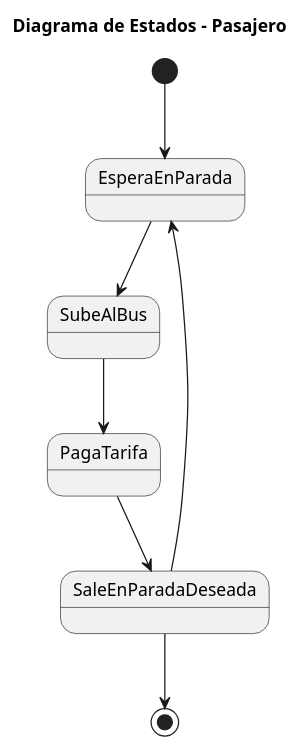
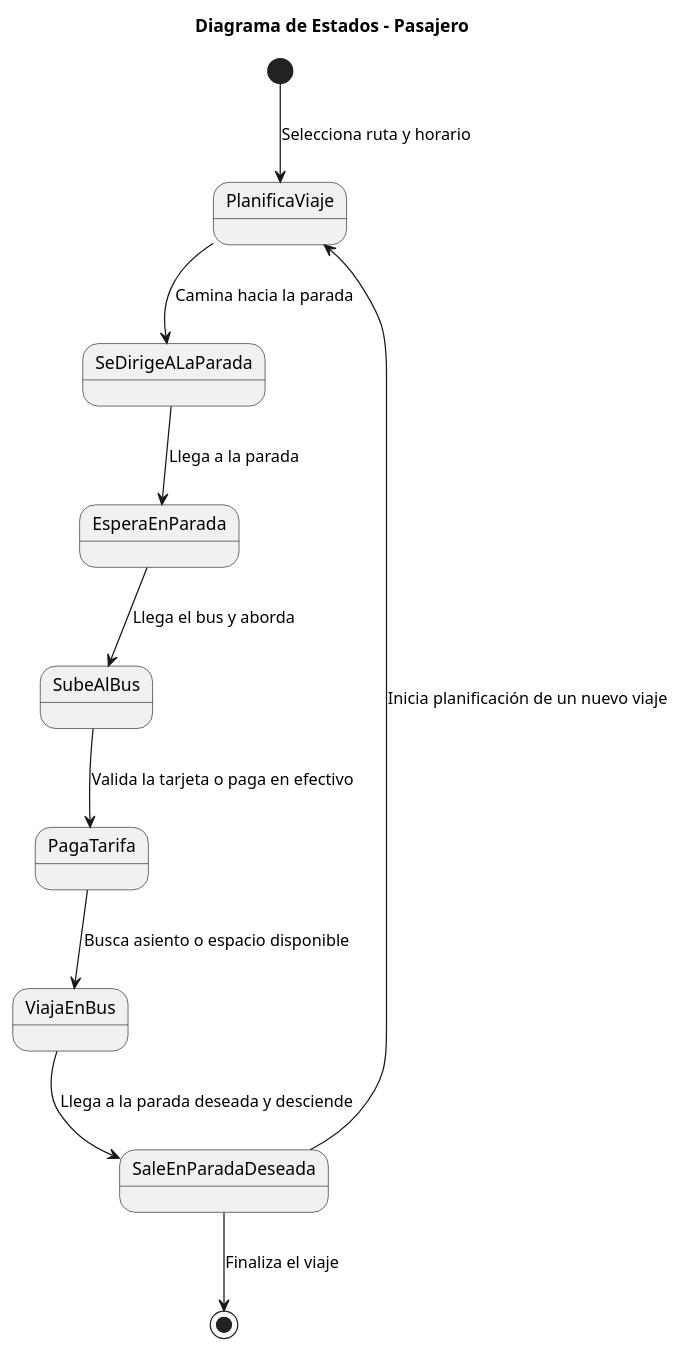
Before and after one commit to Ingenieria-Informatica-UNEATLANTICO/app-actividad-post-parcial-BrendaLopes: the diagram in modelosUML/DdE_Pasajero_Original.puml, drawn with PlantUML. The commit also changed 6 other files, not shown here.

```diff
--- a/modelosUML/DdE_Pasajero_Original.puml
+++ b/modelosUML/DdE_Pasajero_Original.puml
@@ -1,16 +1,16 @@
 @startuml
 title Diagrama de Estados - Pasajero
 
-[*] --> EsperaEnParada
+[*] --> PlanificaViaje : Selecciona ruta y horario
+PlanificaViaje --> SeDirigeALaParada : Camina hacia la parada
+SeDirigeALaParada --> EsperaEnParada : Llega a la parada
+EsperaEnParada --> SubeAlBus : Llega el bus y aborda
 
-EsperaEnParada --> SubeAlBus 
+SubeAlBus --> PagaTarifa : Valida la tarjeta o paga en efectivo
+PagaTarifa --> ViajaEnBus : Busca asiento o espacio disponible
+ViajaEnBus --> SaleEnParadaDeseada : Llega a la parada deseada y desciende
 
-SubeAlBus --> PagaTarifa 
-
-PagaTarifa --> SaleEnParadaDeseada 
-
-SaleEnParadaDeseada --> EsperaEnParada
-
-SaleEnParadaDeseada --> [*]
+SaleEnParadaDeseada --> [*] : Finaliza el viaje
+SaleEnParadaDeseada --> PlanificaViaje : Inicia planificación de un nuevo viaje
 
 @enduml
```
